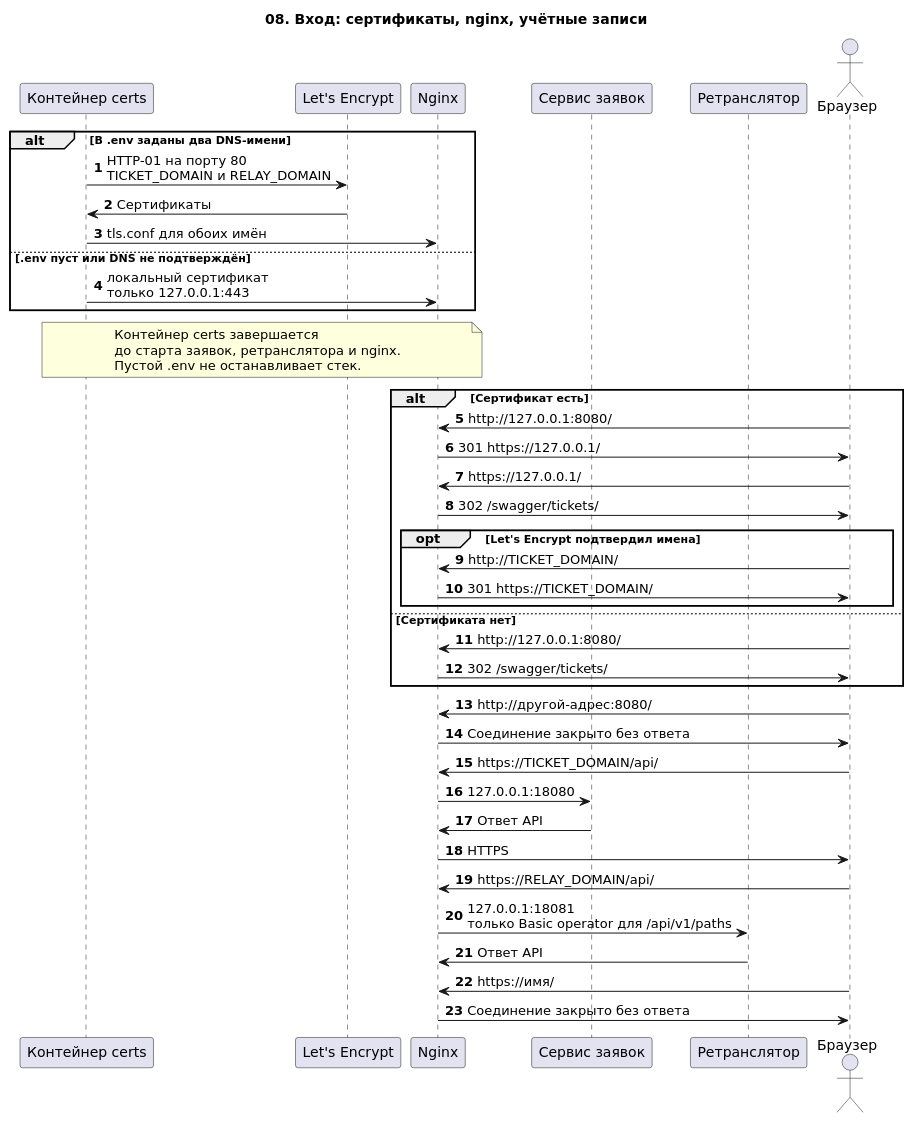
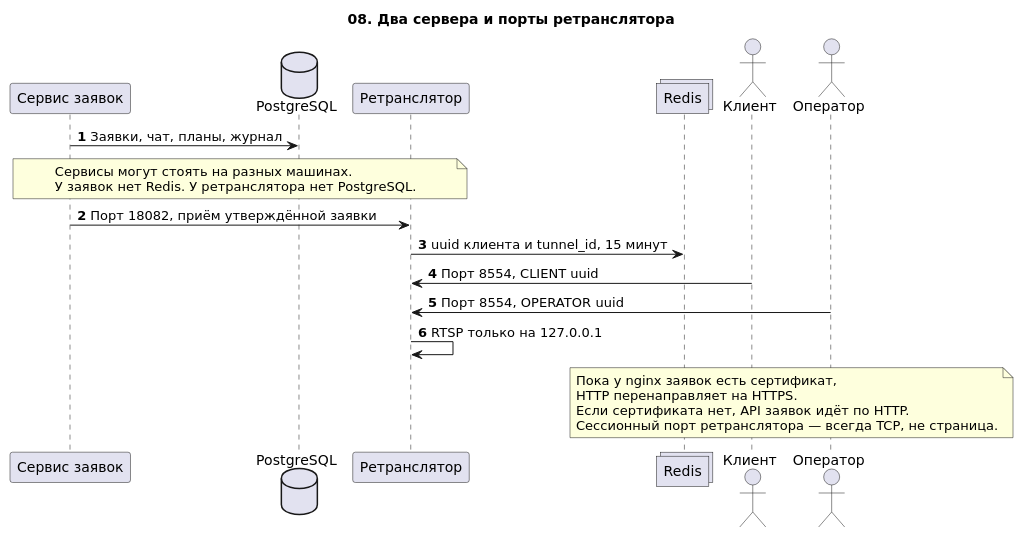
The diagram in docs/uml/08-ingress.puml (atroxxxxxx/team-viewer), drawn with PlantUML before and after one commit. The commit also changed 80 other files, not shown here.

```diff
--- a/docs/uml/08-ingress.puml
+++ b/docs/uml/08-ingress.puml
@@ -1,55 +1,33 @@
 @startuml 08-ingress
-title 08. Вход: сертификаты, nginx, учётные записи
+title 08. Два сервера и порты ретранслятора
 skinparam defaultFontName DejaVu Sans
 skinparam sequenceMessageAlign left
 autonumber
 
-participant "Контейнер certs" as Certs
-participant "Let's Encrypt" as LE
-participant "Nginx" as Edge
 participant "Сервис заявок" as Tickets
+database "PostgreSQL" as DB
 participant "Ретранслятор" as Relay
-actor "Браузер" as Browser
+collections "Redis" as Cache
+actor "Клиент" as Client
+actor "Оператор" as Operator
 
-alt В .env заданы два DNS-имени
-  Certs -> LE : HTTP-01 на порту 80\nTICKET_DOMAIN и RELAY_DOMAIN
-  LE -> Certs : Сертификаты
-  Certs -> Edge : tls.conf для обоих имён
-else .env пуст или DNS не подтверждён
-  Certs -> Edge : локальный сертификат\nтолько 127.0.0.1:443
-end
-note over Certs, Edge
-  Контейнер certs завершается
-  до старта заявок, ретранслятора и nginx.
-  Пустой .env не останавливает стек.
+Tickets -> DB : Заявки, чат, планы, журнал
+note over Tickets, Relay
+  Сервисы могут стоять на разных машинах.
+  У заявок нет Redis. У ретранслятора нет PostgreSQL.
 end note
 
-alt Сертификат есть
-  Browser -> Edge : http://127.0.0.1:8080/
-  Edge -> Browser : 301 https://127.0.0.1/
-  Browser -> Edge : https://127.0.0.1/
-  Edge -> Browser : 302 /swagger/tickets/
-  opt Let's Encrypt подтвердил имена
-    Browser -> Edge : http://TICKET_DOMAIN/
-    Edge -> Browser : 301 https://TICKET_DOMAIN/
-  end
-else Сертификата нет
-  Browser -> Edge : http://127.0.0.1:8080/
-  Edge -> Browser : 302 /swagger/tickets/
-end
+Tickets -> Relay : Порт 18082, приём утверждённой заявки
+Relay -> Cache : uuid клиента и tunnel_id, 15 минут
 
-Browser -> Edge : http://другой-адрес:8080/
-Edge -> Browser : Соединение закрыто без ответа
+Client -> Relay : Порт 8554, CLIENT uuid
+Operator -> Relay : Порт 8554, OPERATOR uuid
+Relay -> Relay : RTSP только на 127.0.0.1
 
-Browser -> Edge : https://TICKET_DOMAIN/api/
-Edge -> Tickets : 127.0.0.1:18080
-Tickets -> Edge : Ответ API
-Edge -> Browser : HTTPS
-
-Browser -> Edge : https://RELAY_DOMAIN/api/
-Edge -> Relay : 127.0.0.1:18081\nтолько Basic operator для /api/v1/paths
-Relay -> Edge : Ответ API
-
-Browser -> Edge : https://имя/
-Edge -> Browser : Соединение закрыто без ответа
+note over Client, Operator
+  Пока у nginx заявок есть сертификат,
+  HTTP перенаправляет на HTTPS.
+  Если сертификата нет, API заявок идёт по HTTP.
+  Сессионный порт ретранслятора — всегда TCP, не страница.
+end note
 @enduml
```
